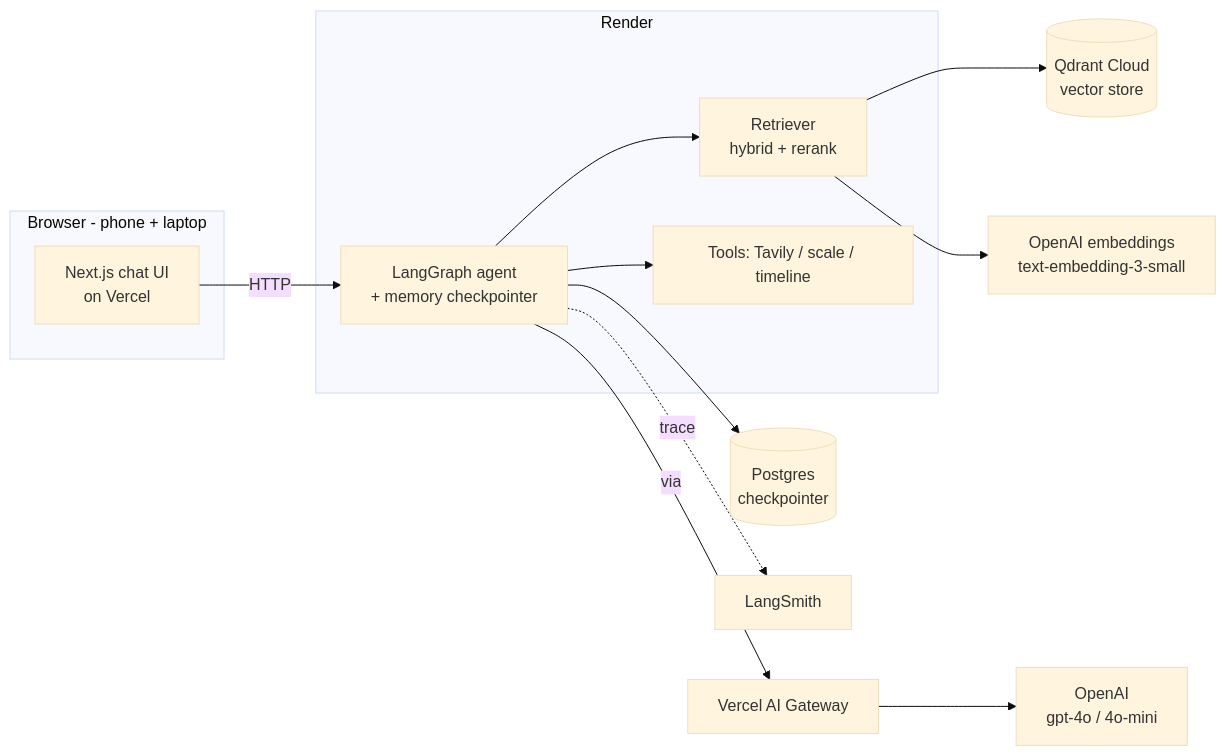
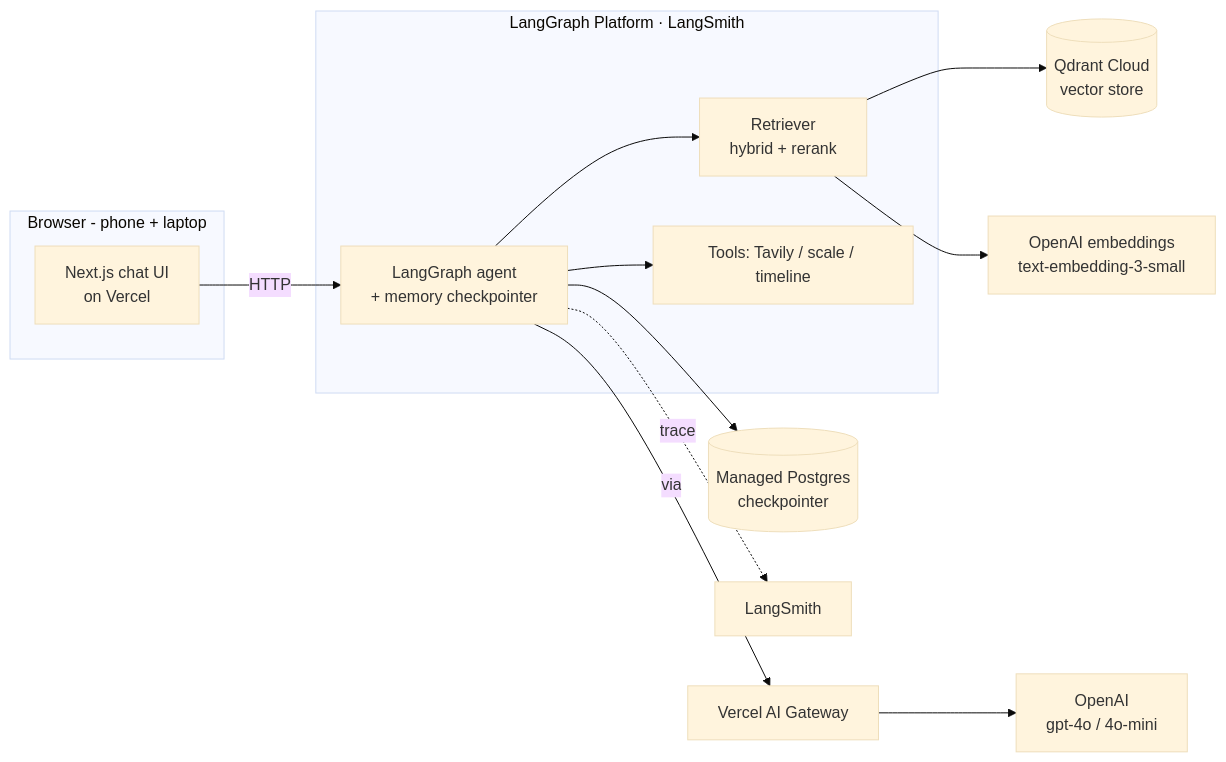
The first of 2 diagrams in docs/02-solution.md (xx257/bake-me-up), drawn with Mermaid (base theme) before and after one commit. The commit also changed other lines of this file and 1 other file, not shown here.

First line of the commit message:
Switch backend deploy from Render to LangGraph Platform

````diff
--- a/docs/02-solution.md
+++ b/docs/02-solution.md
@@ -32,26 +32,26 @@
 ```mermaid
 flowchart LR
     subgraph Client [Browser - phone + laptop]
         UI[Next.js chat UI<br/>on Vercel]
     end
-    subgraph Backend [Render]
+    subgraph Backend [LangGraph Platform · LangSmith]
         AG[LangGraph agent<br/>+ memory checkpointer]
         RAG[Retriever<br/>hybrid + rerank]
         TOOLS[Tools: Tavily / scale / timeline]
     end
     GW[Vercel AI Gateway]
     LLM[OpenAI<br/>gpt-4o / 4o-mini]
     VDB[(Qdrant Cloud<br/>vector store)]
     EMB[OpenAI embeddings<br/>text-embedding-3-small]
-    MEM[(Postgres<br/>checkpointer)]
+    MEM[(Managed Postgres<br/>checkpointer)]
     MON[LangSmith]
 
     UI -->|HTTP| AG
     AG --> RAG
     AG --> TOOLS
     AG -->|via| GW --> LLM
     RAG --> VDB
     RAG --> EMB
     AG --> MEM
     AG -.trace.-> MON
 ```
````
